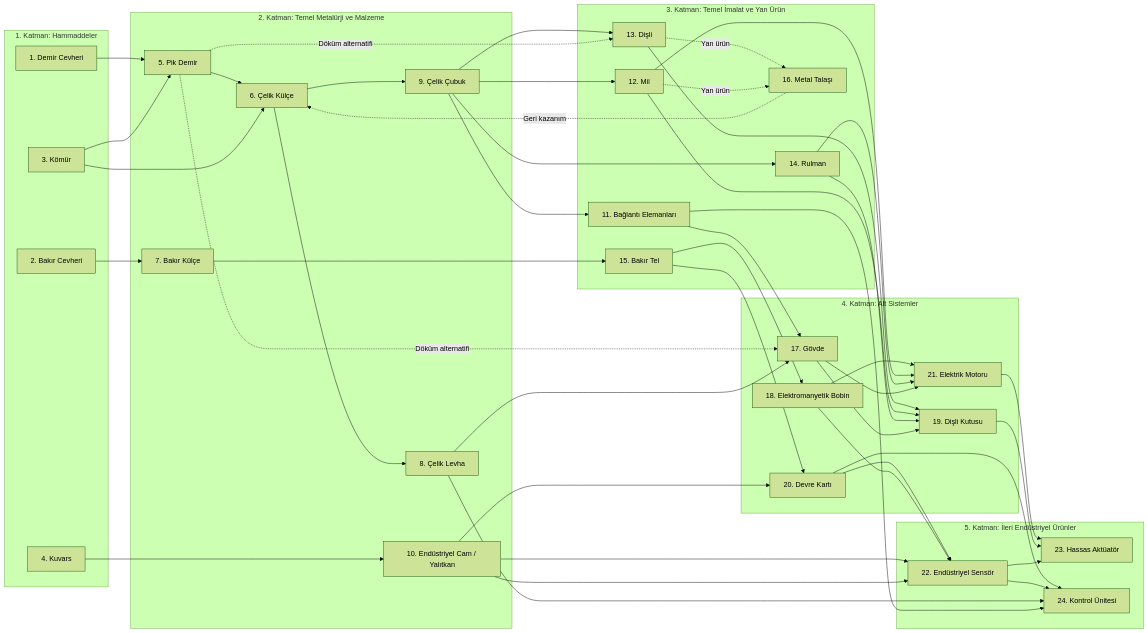
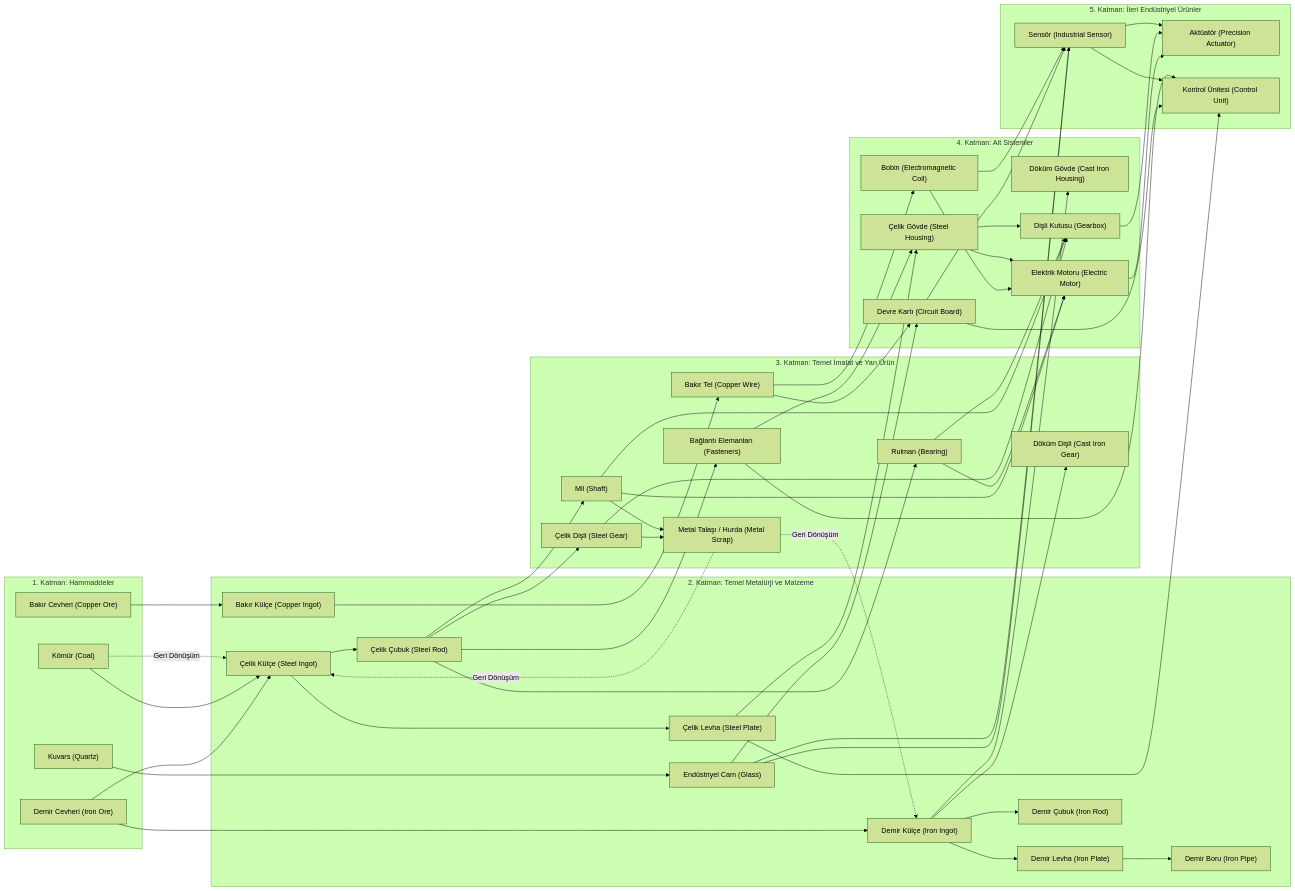
Before and after one commit to sgtdali/flowgame: the diagram in game_design/Tasarım/Ürün ve Üretim Ağı.md, drawn with Mermaid (forest theme). The commit also changed other lines of this file and 28 other files, not shown here.

````diff
--- a/game_design/Tasarım/Ürün ve Üretim Ağı.md
+++ b/game_design/Tasarım/Ürün ve Üretim Ağı.md
@@ -27,63 +29,73 @@
 ```mermaid
 flowchart LR
     subgraph Hammadde["1. Katman: Hammaddeler"]
-        FE[1. Demir Cevheri]
-        CU[2. Bakır Cevheri]
-        CO[3. Kömür]
-        SI[4. Kuvars]
+        FE["Demir Cevheri (Iron Ore)"]
+        CU["Bakır Cevheri (Copper Ore)"]
+        CO["Kömür (Coal)"]
+        SI["Kuvars (Quartz)"]
     end
 
     subgraph Metalurji["2. Katman: Temel Metalürji ve Malzeme"]
-        PIK[5. Pik Demir]
-        CEL[6. Çelik Külçe]
-        BAK[7. Bakır Külçe]
-        CLEV[8. Çelik Levha]
-        CCUB[9. Çelik Çubuk]
-        CAM[10. Endüstriyel Cam / Yalıtkan]
+        ING_FE["Demir Külçe (Iron Ingot)"]
+        ING_ST["Çelik Külçe (Steel Ingot)"]
+        ING_CU["Bakır Külçe (Copper Ingot)"]
+        CAM["Endüstriyel Cam (Glass)"]
+        PL_FE["Demir Levha (Iron Plate)"]
+        ROD_FE["Demir Çubuk (Iron Rod)"]
+        PIP_FE["Demir Boru (Iron Pipe)"]
+        PL_ST["Çelik Levha (Steel Plate)"]
+        ROD_ST["Çelik Çubuk (Steel Rod)"]
     end
 
     subgraph Imalat["3. Katman: Temel İmalat ve Yan Ürün"]
-        VID[11. Bağlantı Elemanları]
-        MIL[12. Mil]
-        DIS[13. Dişli]
-        RUL[14. Rulman]
-        TEL[15. Bakır Tel]
-        TAL[16. Metal Talaşı]
+        VID["Bağlantı Elemanları (Fasteners)"]
+        MIL["Mil (Shaft)"]
+        DIS_ST["Çelik Dişli (Steel Gear)"]
+        DIS_CAST["Döküm Dişli (Cast Iron Gear)"]
+        RUL["Rulman (Bearing)"]
+        TEL["Bakır Tel (Copper Wire)"]
+        TAL["Metal Talaşı / Hurda (Metal Scrap)"]
     end
 
     subgraph AltSistem["4. Katman: Alt Sistemler"]
-        GOV[17. Gövde]
-        BOB[18. Elektromanyetik Bobin]
-        RED[19. Dişli Kutusu]
-        DEV[20. Devre Kartı]
-        MOT[21. Elektrik Motoru]
+        GOV_ST["Çelik Gövde (Steel Housing)"]
+        GOV_CAST["Döküm Gövde (Cast Iron Housing)"]
+        BOB["Bobin (Electromagnetic Coil)"]
+        RED["Dişli Kutusu (Gearbox)"]
+        DEV["Devre Kartı (Circuit Board)"]
+        MOT["Elektrik Motoru (Electric Motor)"]
     end
 
     subgraph Ileri["5. Katman: İleri Endüstriyel Ürünler"]
-        SEN[22. Endüstriyel Sensör]
-        AKT[23. Hassas Aktüatör]
-        PLC[24. Kontrol Ünitesi]
+        SEN["Sensör (Industrial Sensor)"]
+        AKT["Aktüatör (Precision Actuator)"]
+        PLC["Kontrol Ünitesi (Control Unit)"]
     end
 
-    FE & CO --> PIK
-    PIK & CO --> CEL
-    CU --> BAK
+    FE --> ING_FE
+    FE & CO --> ING_ST
+    CU --> ING_CU
     SI --> CAM
 
-    CEL --> CLEV & CCUB
-    CCUB --> VID & MIL & DIS & RUL
-    PIK -.->|Döküm alternatifi| DIS & GOV
-    CLEV & VID --> GOV
-    DIS & MIL -.->|Yan ürün| TAL
-    TAL -.->|Geri kazanım| CEL
+    ING_FE --> PL_FE & ROD_FE
+    PL_FE --> PIP_FE
+    ING_FE --> DIS_CAST & GOV_CAST
 
-    BAK --> TEL
+    ING_ST --> PL_ST & ROD_ST
+    ROD_ST --> VID & MIL & DIS_ST & RUL
+    PL_ST & VID --> GOV_ST
+
+    DIS_ST & MIL --> TAL
+    TAL -.->|Geri Dönüşüm| ING_FE
+    TAL & CO -.->|Geri Dönüşüm| ING_ST
+
+    ING_CU --> TEL
     TEL --> BOB & DEV
     CAM --> DEV & SEN
 
-    DIS & MIL & RUL & GOV --> RED
-    BOB & MIL & RUL & GOV --> MOT
+    DIS_ST & MIL & RUL & GOV_ST --> RED
+    BOB & MIL & RUL & GOV_ST --> MOT
     DEV & BOB & CAM --> SEN
     MOT & RED & SEN --> AKT
-    DEV & SEN & CLEV & VID --> PLC
+    DEV & SEN & PL_ST & VID --> PLC
 ```
````
